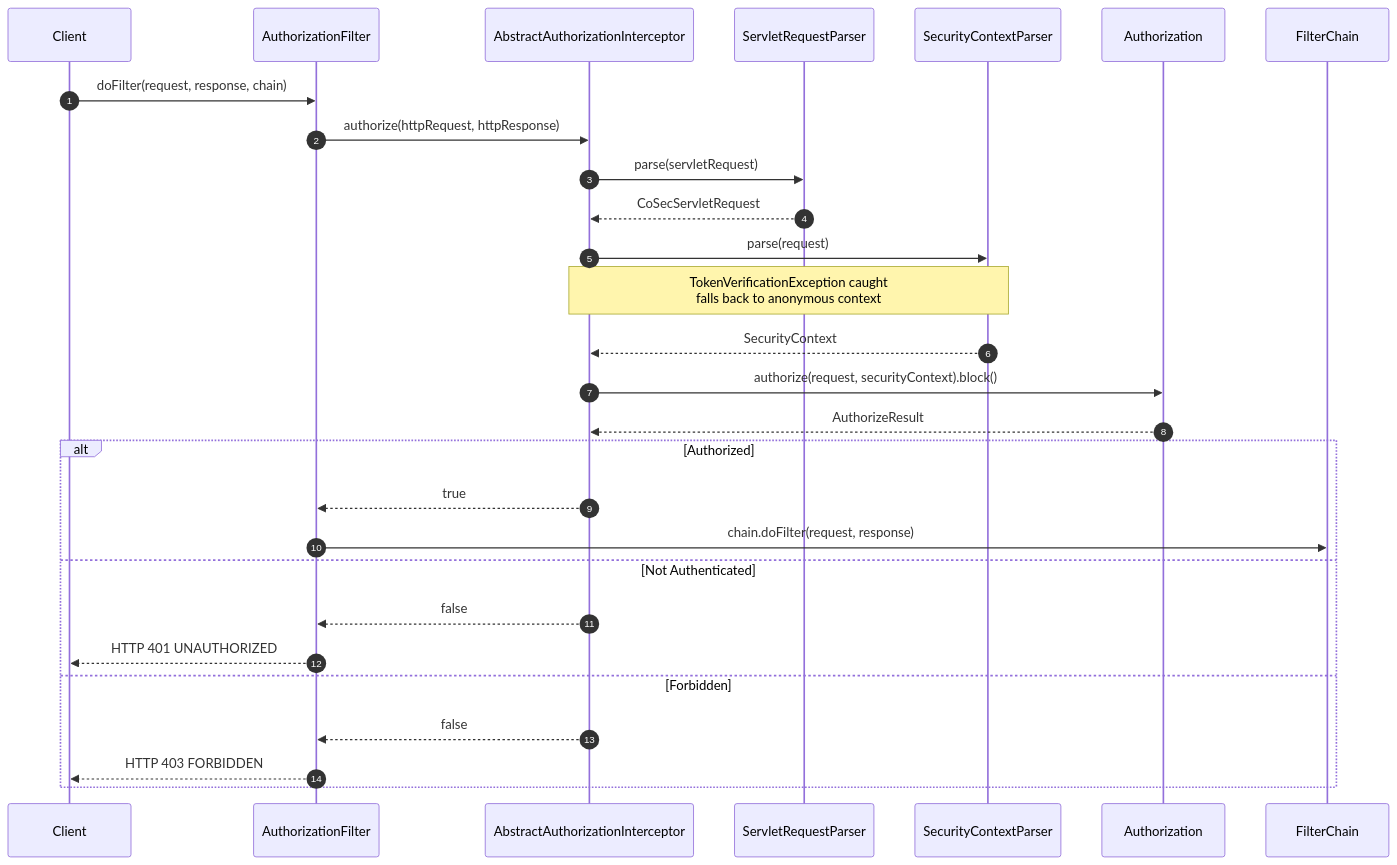
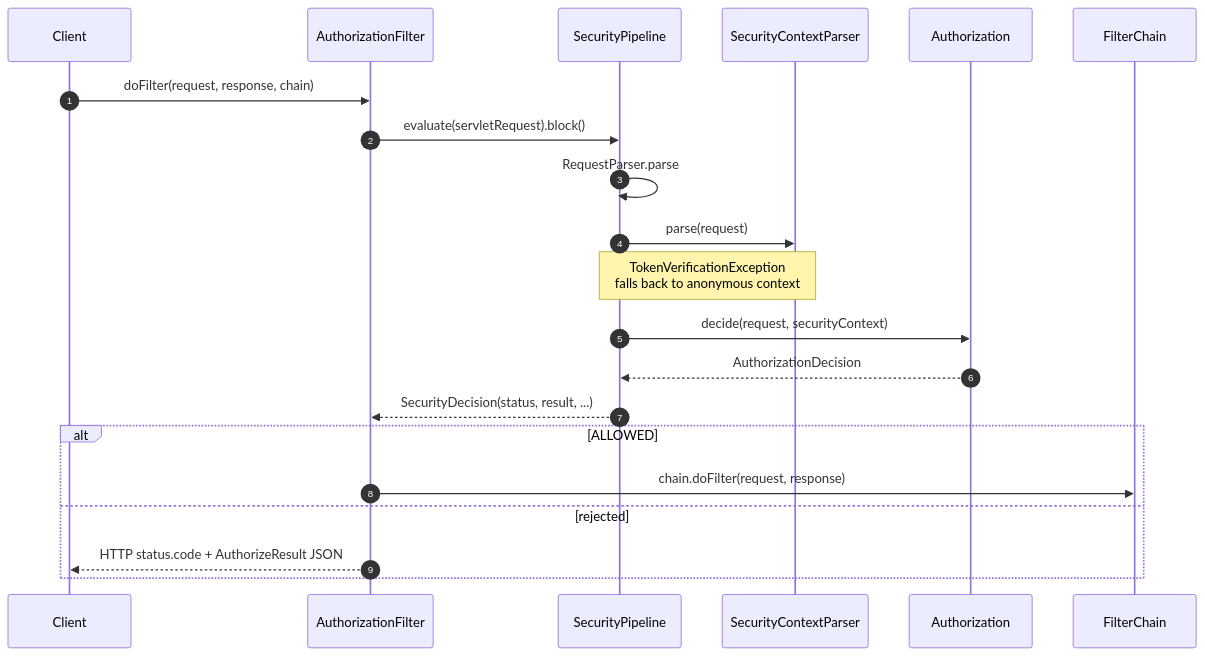
The second of 3 diagrams in wiki/deep-dive/integrations/spring-webmvc.md (Ahoo-Wang/CoSec), drawn with Mermaid before and after one commit. The commit also changed other lines of this file and 15 other files, not shown here.

First line of the commit message:
refactor(web): unify WebFlux, WebMvc and Gateway adapters on SecurityPipeline

````diff
--- a/wiki/deep-dive/integrations/spring-webmvc.md
+++ b/wiki/deep-dive/integrations/spring-webmvc.md
@@ -49,34 +49,24 @@
 ```mermaid
 sequenceDiagram
     autonumber
     participant Client
-    participant Filter as AuthorizationFilter
-    participant Interceptor as AbstractAuthorizationInterceptor
-    participant RParser as ServletRequestParser
+    participant Adapter as AuthorizationFilter
+    participant Pipeline as SecurityPipeline
     participant SCParser as SecurityContextParser
     participant Auth as Authorization
     participant Chain as FilterChain
 
-    Client->>Filter: doFilter(request, response, chain)
-    Filter->>Interceptor: authorize(httpRequest, httpResponse)
-    Interceptor->>RParser: parse(servletRequest)
-    RParser-->>Interceptor: CoSecServletRequest
-    Interceptor->>SCParser: parse(request)
-    Note over Interceptor,SCParser: TokenVerificationException caught<br>falls back to anonymous context
-    SCParser-->>Interceptor: SecurityContext
-    Interceptor->>Auth: authorize(request, securityContext).block()
-    Auth-->>Interceptor: AuthorizeResult
-    alt Authorized
-        Interceptor-->>Filter: true
-        Filter->>Chain: chain.doFilter(request, response)
-    else Not Authenticated
-        Interceptor-->>Filter: false
-        Filter-->>Client: HTTP 401 UNAUTHORIZED
-    else Forbidden
-        Interceptor-->>Filter: false
-        Filter-->>Client: HTTP 403 FORBIDDEN
+    Client->>Adapter: doFilter(request, response, chain)
+    Adapter->>Pipeline: evaluate(servletRequest).block()
+    Pipeline->>Pipeline: RequestParser.parse
+    Pipeline->>SCParser: parse(request)
+    Note over Pipeline,SCParser: TokenVerificationException<br>falls back to anonymous context
+    Pipeline->>Auth: decide(request, securityContext)
+    Auth-->>Pipeline: AuthorizationDecision
+    Pipeline-->>Adapter: SecurityDecision(status, result, ...)
+    alt ALLOWED
+        Adapter->>Chain: chain.doFilter(request, response)
+    else rejected
+        Adapter-->>Client: HTTP status.code + AuthorizeResult JSON
     end
-
-
-
 ```
````
